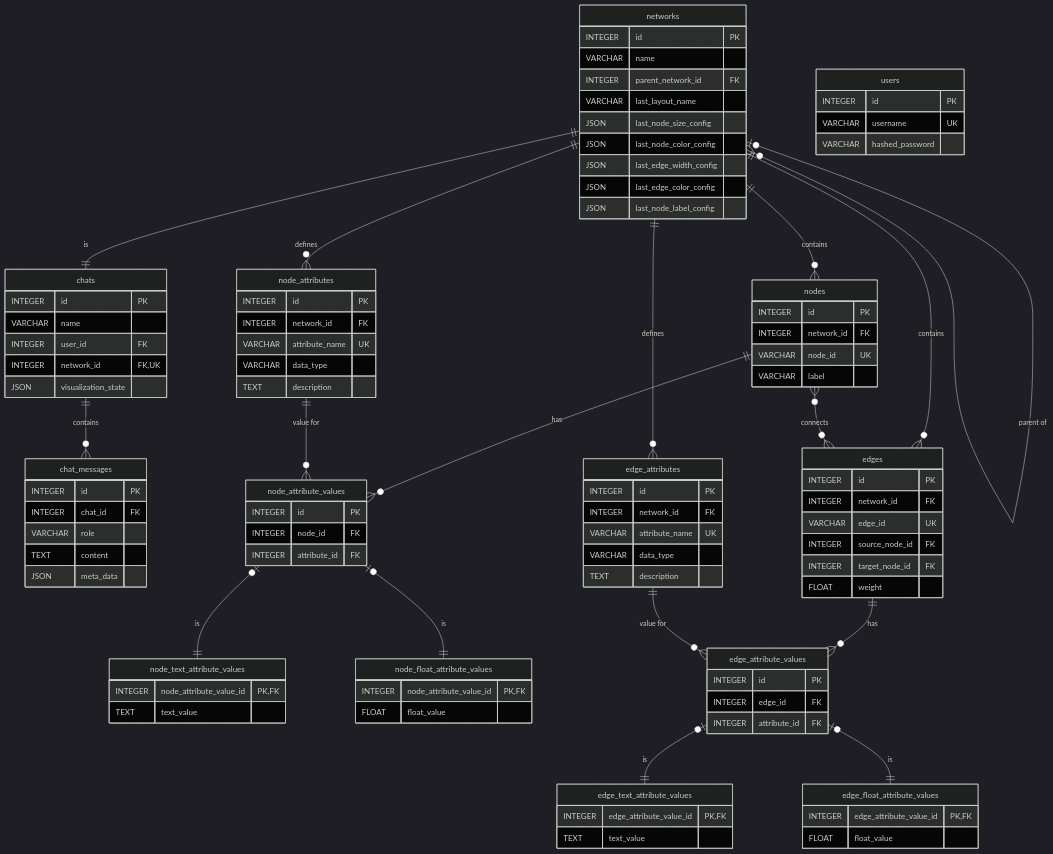
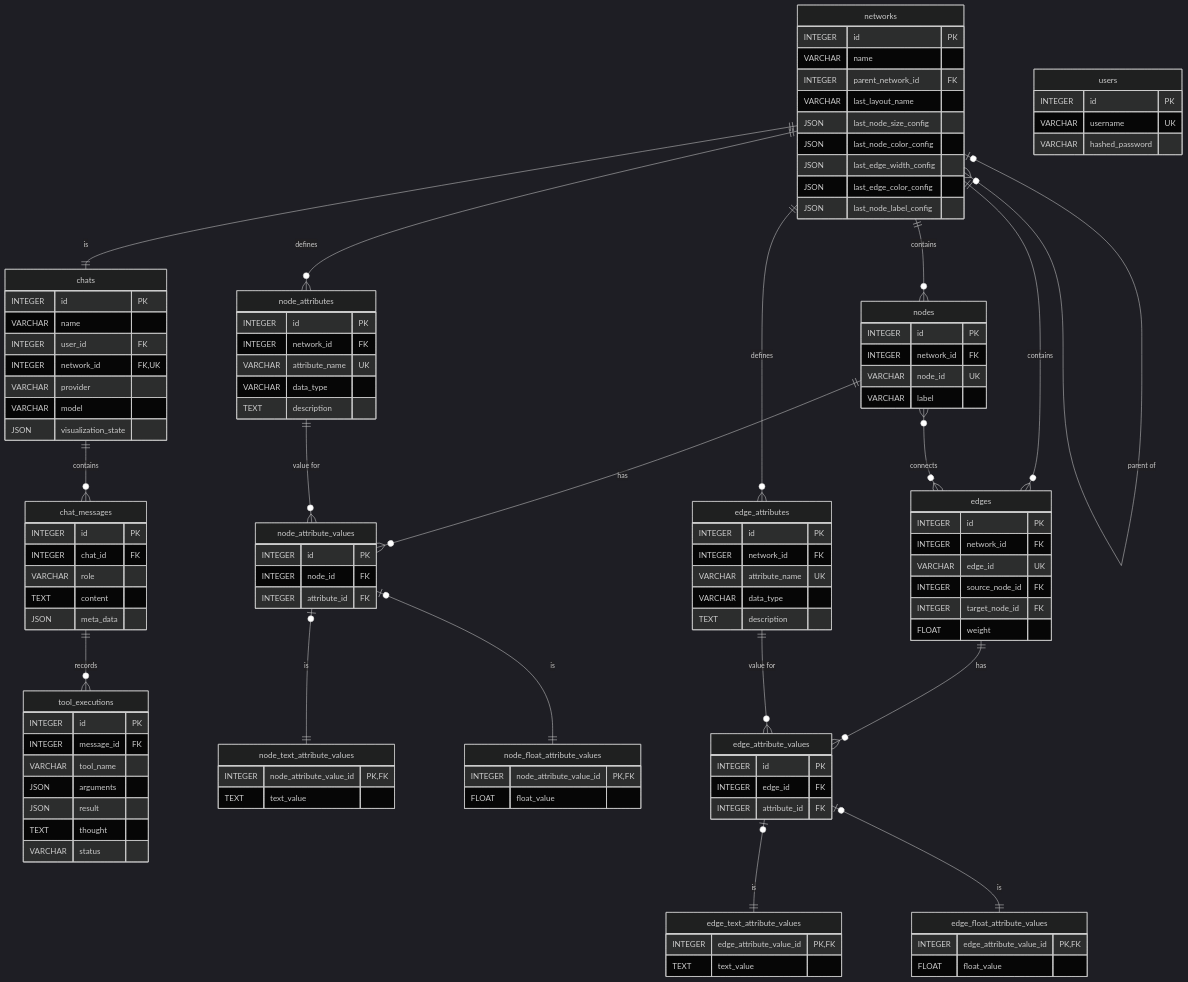
Before and after one commit to vdslab/LLMGraphvis: the diagram in specification/2_Technical_Details/4_Database.md, drawn with Mermaid (dark theme). The commit also changed other lines of this file and 12 other files, not shown here.

```diff
--- a/specification/2_Technical_Details/4_Database.md
+++ b/specification/2_Technical_Details/4_Database.md
@@ -38,6 +41,7 @@
     networks ||--|| chats : "is"
     networks |o--o{ networks : "parent of"
     chats ||--o{ chat_messages : "contains"
+    chat_messages ||--o{ tool_executions : "records"
 
     networks ||--o{ nodes : "contains"
     
@@ -68,6 +72,8 @@
         VARCHAR name
         INTEGER user_id FK
         INTEGER network_id FK, UK
+        VARCHAR provider
+        VARCHAR model
         JSON visualization_state
     }
     chat_messages {
@@ -76,6 +82,15 @@
         VARCHAR role
         TEXT content
         JSON meta_data
+    }
+    tool_executions {
+        INTEGER id PK
+        INTEGER message_id FK
+        VARCHAR tool_name
+        JSON arguments
+        JSON result
+        TEXT thought
+        VARCHAR status
     }
     networks {
         INTEGER id PK
```
